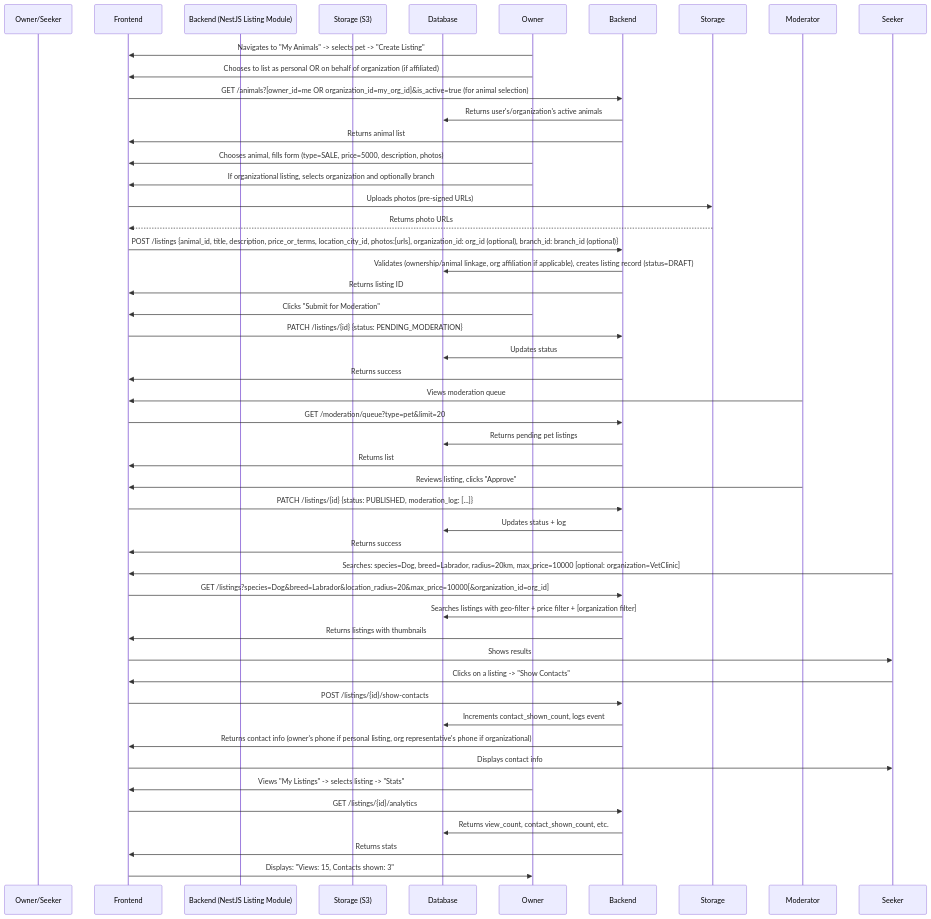
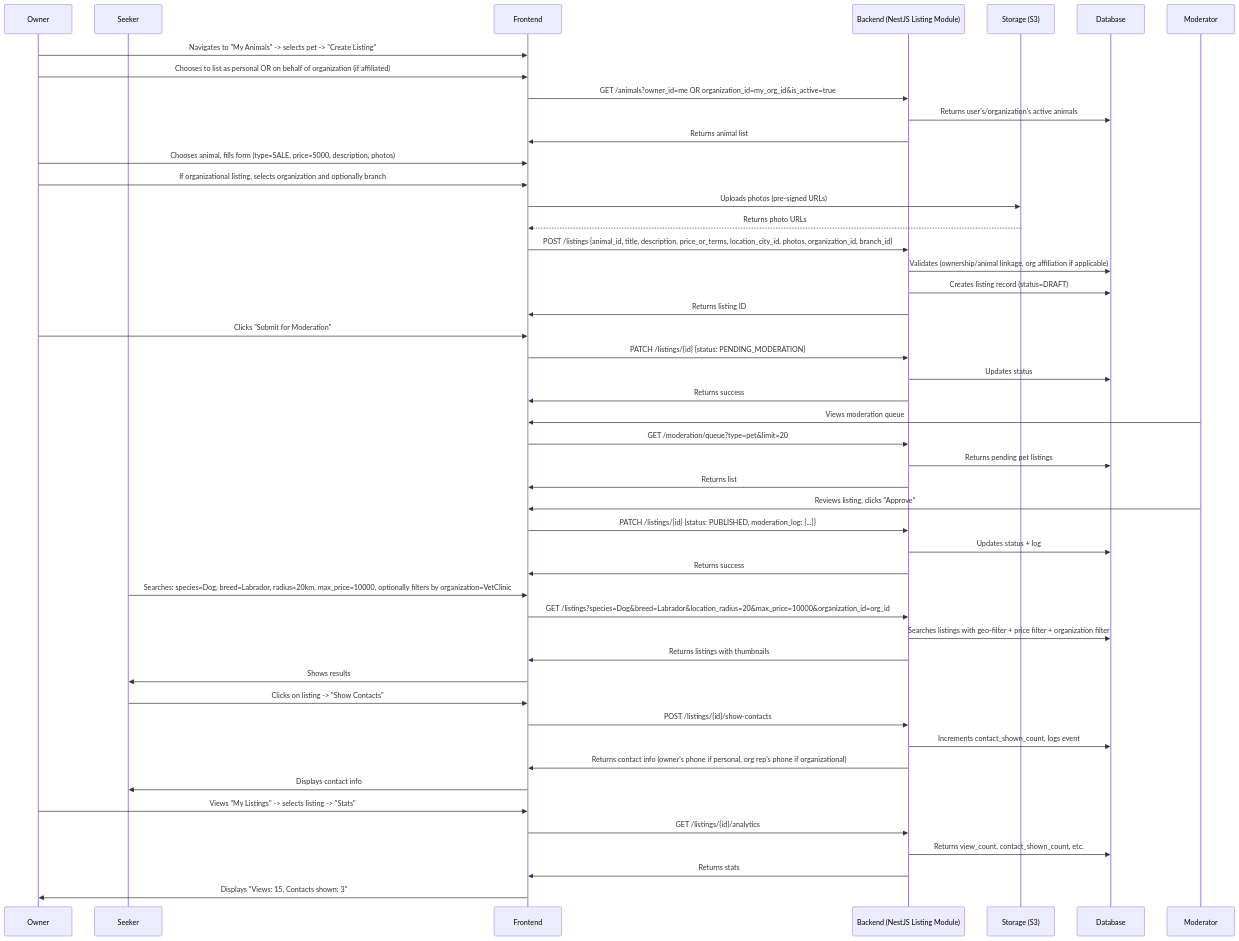
One commit to Aleksandr-Sulimenko/ZooLink changed the diagram in docs/02-requirements/business-requirements/pet-marketplace.md. Above: the diagram before and after it, drawn with Mermaid. The commit also changed other lines of this file and 11 other files, not shown here.

````diff
--- a/docs/02-requirements/business-requirements/pet-marketplace.md
+++ b/docs/02-requirements/business-requirements/pet-marketplace.md
@@ -196,59 +196,62 @@
 ```mermaid
 sequenceDiagram
-    participant User as Owner/Seeker
+    participant Owner
+    participant Seeker
     participant Frontend
-    participant Backend (NestJS Listing Module)
-    participant Storage (S3)
+    participant Backend as Backend (NestJS Listing Module)
+    participant Storage as Storage (S3)
     participant Database
+    participant Moderator
 
     %% Owner creates listing
     Owner->>Frontend: Navigates to "My Animals" -> selects pet -> "Create Listing"
     Owner->>Frontend: Chooses to list as personal OR on behalf of organization (if affiliated)
-    Frontend->>Backend: GET /animals?[owner_id=me OR organization_id=my_org_id]&is_active=true (for animal selection)
+    Frontend->>Backend: GET /animals?owner_id=me OR organization_id=my_org_id&is_active=true
     Backend->>Database: Returns user's/organization's active animals
     Backend->>Frontend: Returns animal list
 
     Owner->>Frontend: Chooses animal, fills form (type=SALE, price=5000, description, photos)
     Owner->>Frontend: If organizational listing, selects organization and optionally branch
     Frontend->>Storage: Uploads photos (pre-signed URLs)
     Storage-->>Frontend: Returns photo URLs
-    Frontend->>Backend: POST /listings {animal_id, title, description, price_or_terms, location_city_id, photos:[urls], organization_id: org_id (optional), branch_id: branch_id (optional)}
-    Backend->>Database: Validates (ownership/animal linkage, org affiliation if applicable), creates listing record (status=DRAFT)
+    Frontend->>Backend: POST /listings {animal_id, title, description, price_or_terms, location_city_id, photos, organization_id, branch_id}
+    Backend->>Database: Validates (ownership/animal linkage, org affiliation if applicable)
+    Backend->>Database: Creates listing record (status=DRAFT)
     Backend->>Frontend: Returns listing ID
 
     Owner->>Frontend: Clicks "Submit for Moderation"
     Frontend->>Backend: PATCH /listings/{id} {status: PENDING_MODERATION}
     Backend->>Database: Updates status
     Backend->>Frontend: Returns success
 
-    %% Moderation (simplified)
+    %% Moderation
     Moderator->>Frontend: Views moderation queue
     Frontend->>Backend: GET /moderation/queue?type=pet&limit=20
     Backend->>Database: Returns pending pet listings
     Backend->>Frontend: Returns list
 
     Moderator->>Frontend: Reviews listing, clicks "Approve"
     Frontend->>Backend: PATCH /listings/{id} {status: PUBLISHED, moderation_log: [...]}
     Backend->>Database: Updates status + log
     Backend->>Frontend: Returns success
 
     %% Seeker finds listing
-    Seeker->>Frontend: Searches: species=Dog, breed=Labrador, radius=20km, max_price=10000 [optional: organization=VetClinic]
-    Frontend->>Backend: GET /listings?species=Dog&breed=Labrador&location_radius=20&max_price=10000[&organization_id=org_id]
-    Backend->>Database: Searches listings with geo-filter + price filter + [organization filter]
+    Seeker->>Frontend: Searches: species=Dog, breed=Labrador, radius=20km, max_price=10000, optionally filters by organization=VetClinic
+    Frontend->>Backend: GET /listings?species=Dog&breed=Labrador&location_radius=20&max_price=10000&organization_id=org_id
+    Backend->>Database: Searches listings with geo-filter + price filter + organization filter
     Backend->>Frontend: Returns listings with thumbnails
     Frontend->>Seeker: Shows results
 
-    Seeker->>Frontend: Clicks on a listing -> "Show Contacts"
+    Seeker->>Frontend: Clicks on listing -> "Show Contacts"
     Frontend->>Backend: POST /listings/{id}/show-contacts
     Backend->>Database: Increments contact_shown_count, logs event
-    Backend->>Frontend: Returns contact info (owner's phone if personal listing, org representative's phone if organizational)
+    Backend->>Frontend: Returns contact info (owner's phone if personal, org rep's phone if organizational)
     Frontend->>Seeker: Displays contact info
 
     %% Owner/Rep sees analytics
     Owner->>Frontend: Views "My Listings" -> selects listing -> "Stats"
     Frontend->>Backend: GET /listings/{id}/analytics
     Backend->>Database: Returns view_count, contact_shown_count, etc.
     Backend->>Frontend: Returns stats
-    Frontend->>Owner: Displays: "Views: 15, Contacts shown: 3"
+    Frontend->>Owner: Displays "Views: 15, Contacts shown: 3"
 ```
````
